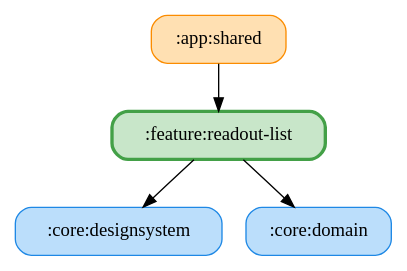
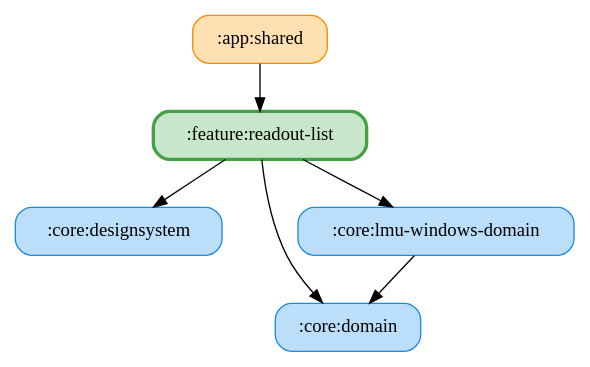
The diagram in docs/graphs/feature-readout-list.gv (ai-kurou/KoDriver), drawn with Graphviz before and after one commit. The commit also changed 55 other files, not shown here.

Commit message:
chore: update module graph images

```diff
--- a/docs/graphs/feature-readout-list.gv
+++ b/docs/graphs/feature-readout-list.gv
@@ -1,11 +1,14 @@
 digraph G {
   rankdir=TB
   node [shape=box, style="rounded,filled"]
   ":app:shared" [fillcolor="#FFE0B2", color="#FB8C00", penwidth=1]
   ":core:designsystem" [fillcolor="#BBDEFB", color="#1E88E5", penwidth=1]
   ":core:domain" [fillcolor="#BBDEFB", color="#1E88E5", penwidth=1]
+  ":core:lmu-windows-domain" [fillcolor="#BBDEFB", color="#1E88E5", penwidth=1]
   ":feature:readout-list" [fillcolor="#C8E6C9", color="#43A047", penwidth=2.5]
   ":app:shared" -> ":feature:readout-list"
+  ":core:lmu-windows-domain" -> ":core:domain"
   ":feature:readout-list" -> ":core:domain"
+  ":feature:readout-list" -> ":core:lmu-windows-domain"
   ":feature:readout-list" -> ":core:designsystem"
 }
```
